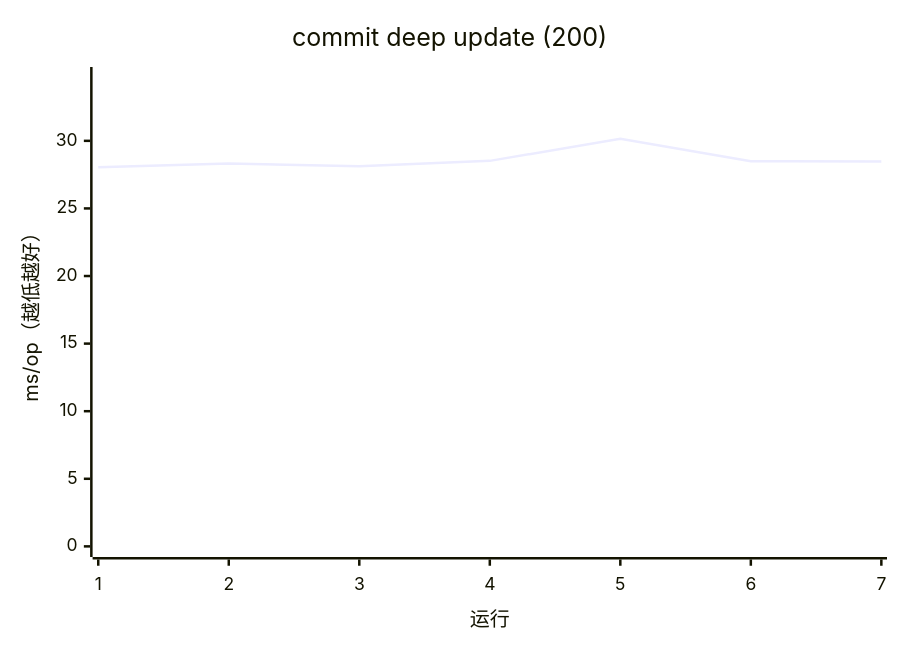
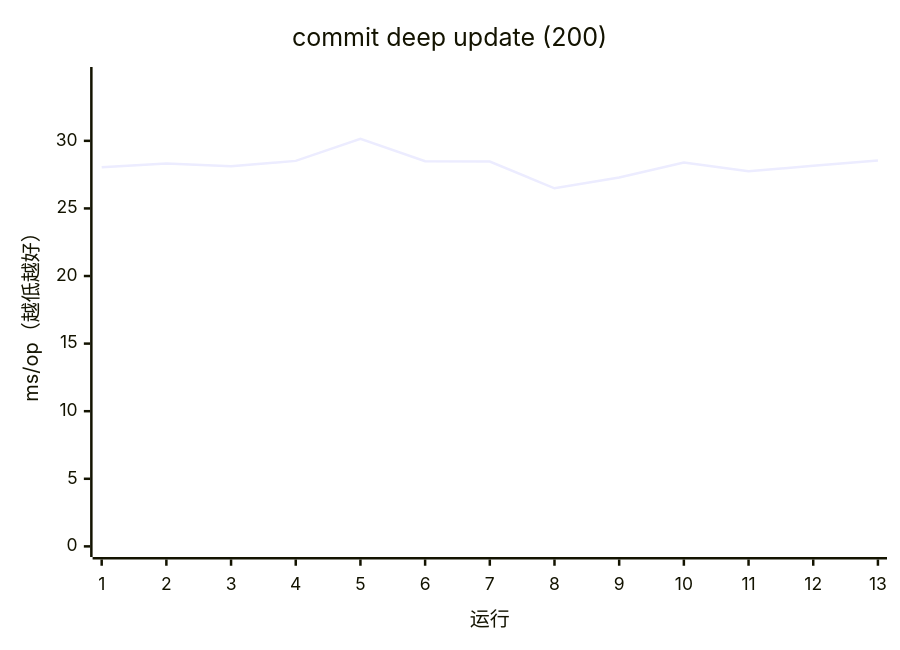
Before and after one commit to AIluffy/io: the sixth of 17 diagrams in apps/docs/src/content/docs/guides/benchmark.mdx, drawn with Mermaid. The commit also changed other lines of this file and 11 other files, not shown here.

````diff
--- a/apps/docs/src/content/docs/guides/benchmark.mdx
+++ b/apps/docs/src/content/docs/guides/benchmark.mdx
@@ -164,7 +251,7 @@
 ```mermaid
 xychart-beta
   title "commit deep update (200)"
-  x-axis "运行" [1, 2, 3, 4, 5, 6, 7]
+  x-axis "运行" [1, 2, 3, 4, 5, 6, 7, 8, 9, 10, 11, 12, 13]
   y-axis "ms/op（越低越好）" 0 --> 34.6763
-  line [28.0546, 28.3256, 28.128, 28.518, 30.1533, 28.4924, 28.468]
+  line [28.0546, 28.3256, 28.128, 28.518, 30.1533, 28.4924, 28.468, 26.4901, 27.2909, 28.402, 27.747, 28.1575, 28.549]
 ```
````
